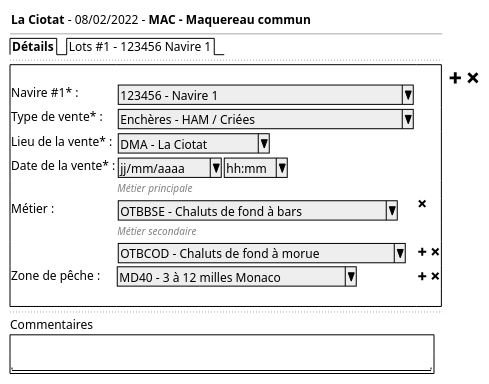
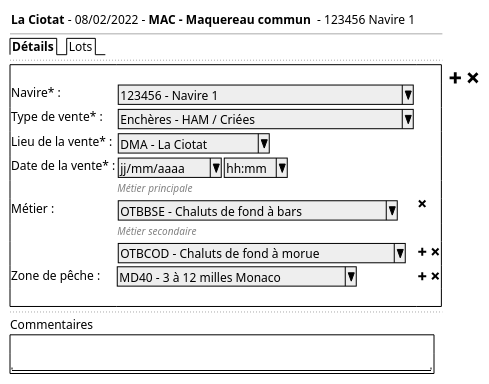
The diagram in projects/obsvente/spe/images/med/sale-mediterranee-details.puml (sumaris-net/sumaris-doc), drawn with PlantUML before and after one commit. The commit also changed 12 other files, not shown here.

```diff
--- a/projects/obsvente/spe/images/med/sale-mediterranee-details.puml
+++ b/projects/obsvente/spe/images/med/sale-mediterranee-details.puml
@@ -1,32 +1,32 @@
 @startsalt
 {
-  { <b>La Ciotat</b> - 08/02/2022 - <b>MAC - Maquereau commun  | . |
+  { <b>La Ciotat</b> - 08/02/2022 - <b>MAC - Maquereau commun</b>  - 123456 Navire 1| . |
                                                                                                                                                                                                                           }
   --
-  {/  <b>Détails | Lots #1 - 123456 Navire 1 }
+  {/  <b>Détails | Lots }
 
   ..
   {+
     .
-      Navire #1* :    | { ^123456 - Navire 1                  ^ }
+      Navire* :    | { ^123456 - Navire 1                  ^ }
 
       Type de vente* :    | { ^Enchères - HAM / Criées            ^ }
       Lieu de la vente* :   |  { ^ DMA - La Ciotat ^ }
       Date de la vente* :   |  { ^ jj/mm/aaaa^  |  ^ hh:mm^ }
 
       . | <font color=grey size=10><i>Métier principale</i>
        Métier : | { ^ OTBBSE - Chaluts de fond à bars ^ } |  <&x>
       . | <font color=grey size=10><i>Métier secondaire</i>
       . | { ^ OTBCOD - Chaluts de fond à morue ^ } |  <&plus> <&x>
 
       Zone de pêche :            | ^ MD40 - 3 à 12 milles Monaco^ | <&plus> <&x>
       .
   } | . | <size:17><&plus> <size:17><&x>
  ..
   Commentaires
   {+ .
           "                                                    "
   }
 
 }
 @endsalt
```
